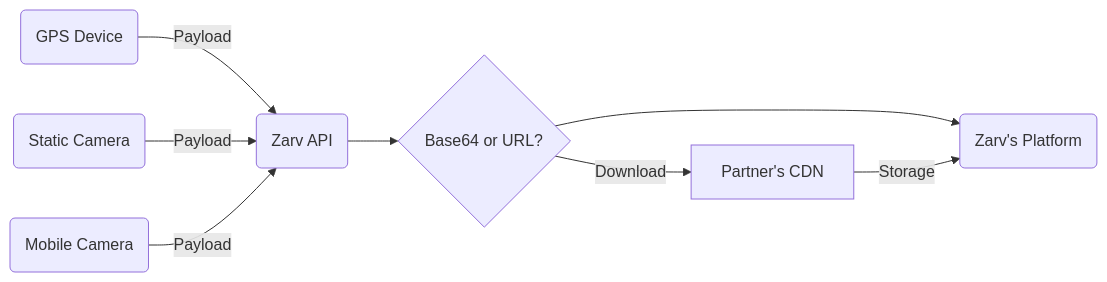
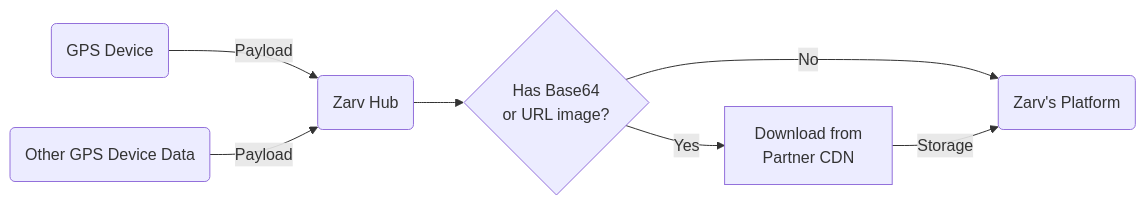
The diagram in en/guide/data-partners/gps-devices.md (zarvhq/developers), drawn with Mermaid before and after one commit. The commit also changed other lines of this file and 8 other files, not shown here.

````diff
--- a/en/guide/data-partners/gps-devices.md
+++ b/en/guide/data-partners/gps-devices.md
@@ -5,10 +7,11 @@
 ```mermaid
 graph LR
     A(GPS Device) --> |Payload| C
-    B1(Static Camera) --> |Payload| C
-    B2(Mobile Camera) --> |Payload| C
-    C(Zarv API) --> D{Base64 or URL?}
-    D --> E(Zarv's Platform)
-    D --> |Download| F[Partner's CDN]
+    B1(Other GPS Device Data) --> |Payload| C
+    C(Zarv Hub) --> D{Has Base64
+    or URL image?}
+    D --> |No| E(Zarv's Platform)
+    D --> |Yes| F[Download from
+    Partner CDN]
     F --> |Storage| E
 ```
````
